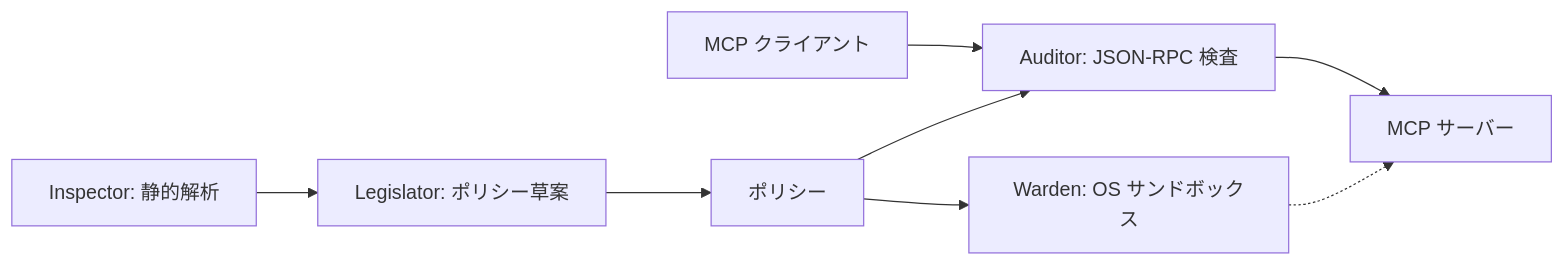
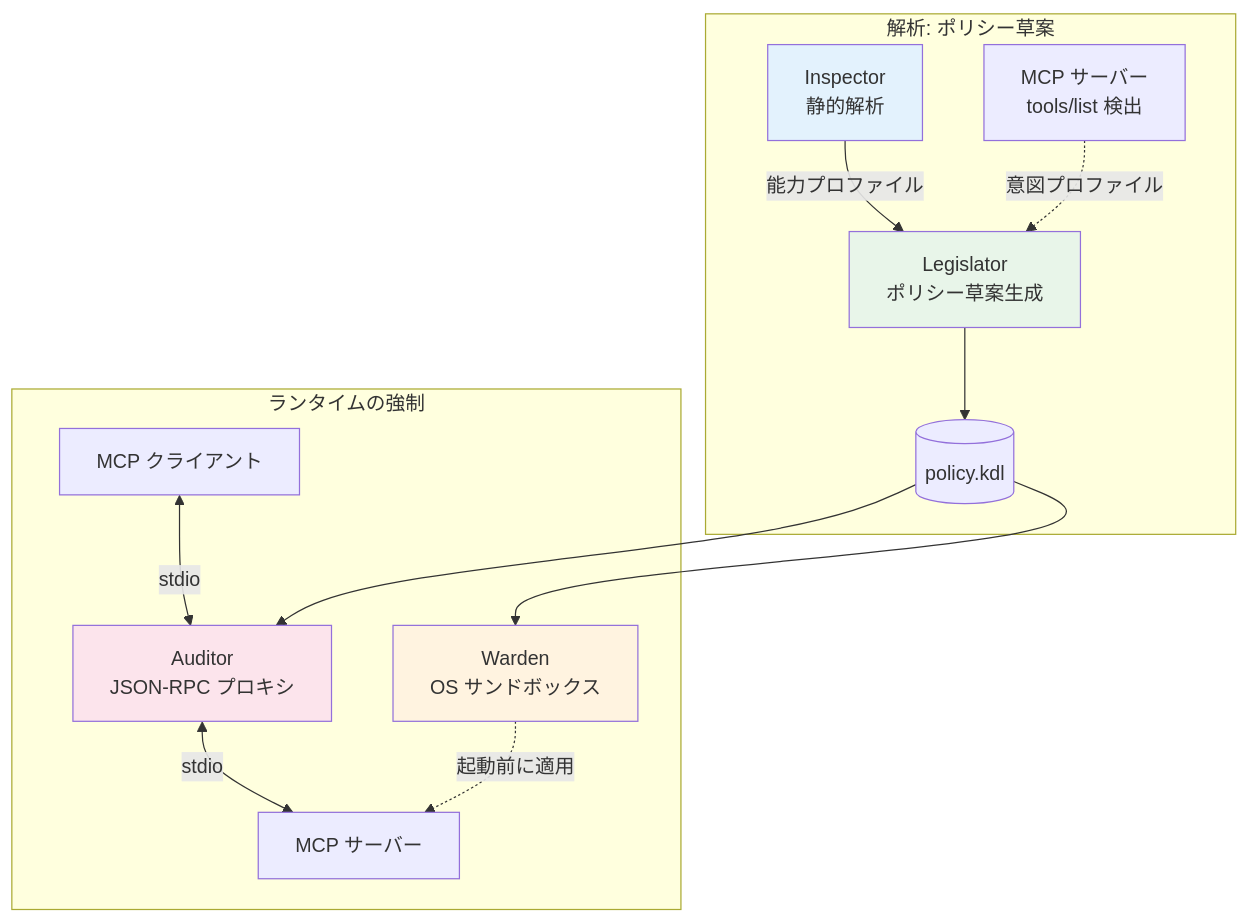
The first of 3 diagrams in README.ja.md (strumbyte/mcp-writ), drawn with Mermaid before and after one commit. The commit also changed other lines of this file and 2 other files, not shown here.

First line of the commit message:
docs(readme): restructure architecture and workflow diagrams, add `plan` command

````diff
--- a/README.ja.md
+++ b/README.ja.md
@@ -29,10 +29,21 @@
 ```mermaid
-flowchart LR
-    C[MCP クライアント] --> A[Auditor: JSON-RPC 検査]
-    A --> S[MCP サーバー]
-    P[ポリシー] --> A
-    P --> W[Warden: OS サンドボックス]
-    W -.-> S
-    I[Inspector: 静的解析] --> L[Legislator: ポリシー草案]
-    L --> P
+flowchart TB
+    subgraph "解析: ポリシー草案"
+        I["Inspector<br/>静的解析"] -->|能力プロファイル| L["Legislator<br/>ポリシー草案生成"]
+        T["MCP サーバー<br/>tools/list 検出"] -.->|意図プロファイル| L
+        L --> P[("policy.kdl")]
+    end
+
+    subgraph "ランタイムの強制"
+        P --> W["Warden<br/>OS サンドボックス"]
+        P --> A["Auditor<br/>JSON-RPC プロキシ"]
+        C["MCP クライアント"] <-->|stdio| A
+        A <-->|stdio| S["MCP サーバー"]
+        W -.->|起動前に適用| S
+    end
+
+    style I fill:#e3f2fd
+    style L fill:#e8f5e9
+    style W fill:#fff3e0
+    style A fill:#fce4ec
 ```
````
